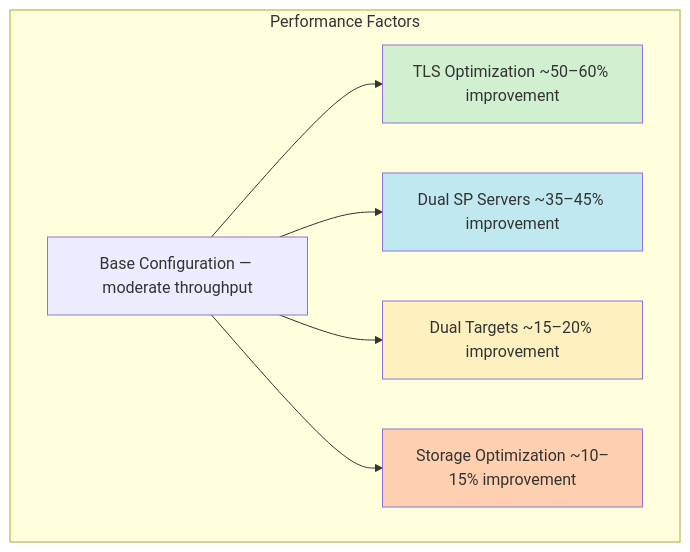
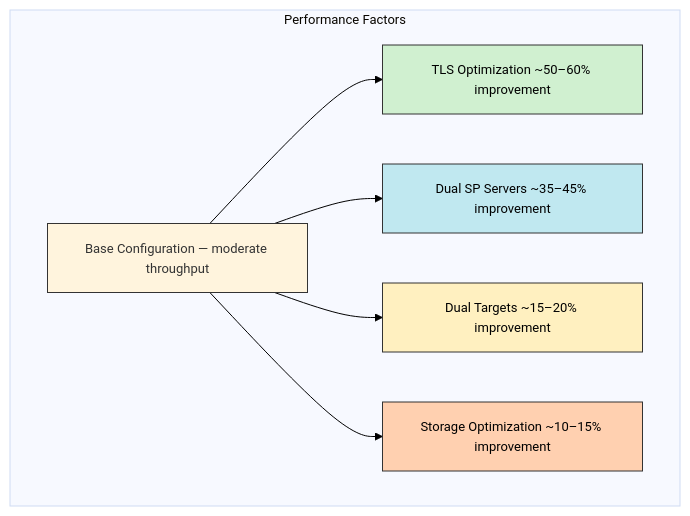
Before and after one commit to TarSemaj/storage-protect-galaxy: diagram 16 of 17 in blueprint/integrations/data-protect/defender-data-protect-with-storage-protect-tape-integration.md, drawn with Mermaid.

Commit message:
More formatting improvements

````diff
--- a/blueprint/integrations/data-protect/defender-data-protect-with-storage-protect-tape-integration.md
+++ b/blueprint/integrations/data-protect/defender-data-protect-with-storage-protect-tape-integration.md
@@ -1799,21 +1799,21 @@
 ```mermaid
-
+%%{init: {'theme':'base', 'themeVariables': {'fontSize':'13px', 'fontFamily':'arial', 'background':'white', 'primaryBackground':'white', 'nodeBorder':'#333333', 'edgeLabelBackground':'white'}}}%%
 graph TB
     subgraph "Performance Factors"
         A[Base Configuration — moderate throughput]
         B[TLS Optimization ~50–60% improvement]
         C[Dual SP Servers ~35–45% improvement]
         D[Dual Targets ~15–20% improvement]
         E[Storage Optimization ~10–15% improvement]
     end
     
     A --> B
     A --> C
     A --> D
     A --> E
     
-    style B fill:#d0f0d0
-    style C fill:#c0e8f0
-    style D fill:#fff0c0
-    style E fill:#ffd0b0
+    style B fill:#d0f0d0,color:#000000
+    style C fill:#c0e8f0,color:#000000
+    style D fill:#fff0c0,color:#000000
+    style E fill:#ffd0b0,color:#000000
 ```
````
